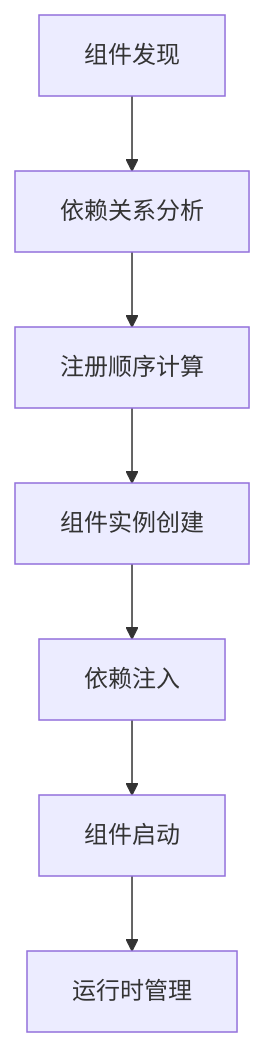
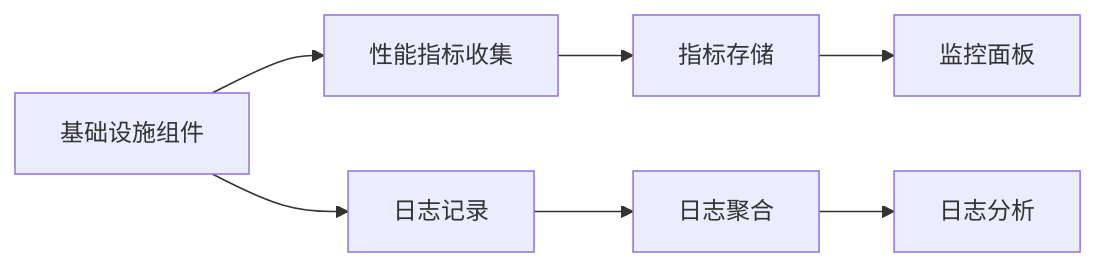
The tenth of 10 diagrams in docs_TecDesign/系统配置化和依赖注入设计/统一配置化和依赖注入架构设计.md (lornshrimp/Lorn.ADSP.Rust), drawn with Mermaid before and after one commit. The commit also changed other lines of this file and 59 other files, not shown here.

````diff
--- a/docs_TecDesign/系统配置化和依赖注入设计/统一配置化和依赖注入架构设计.md
+++ b/docs_TecDesign/系统配置化和依赖注入设计/统一配置化和依赖注入架构设计.md
@@ -339,9 +988,10 @@
 ```mermaid
-flowchart TD
-    A[组件发现] --> B[依赖关系分析]
-    B --> C[注册顺序计算]
-    C --> D[组件实例创建]
-    D --> E[依赖注入]
-    E --> F[组件启动]
-    F --> G[运行时管理]
+graph LR
+    Component[基础设施组件] --> Metrics[性能指标收集]
+    Metrics --> Store[指标存储]
+    Store --> Dashboard[监控面板]
+    
+    Component --> Logs[日志记录]
+    Logs --> Aggregator[日志聚合]
+    Aggregator --> Analysis[日志分析]
 ```
````
